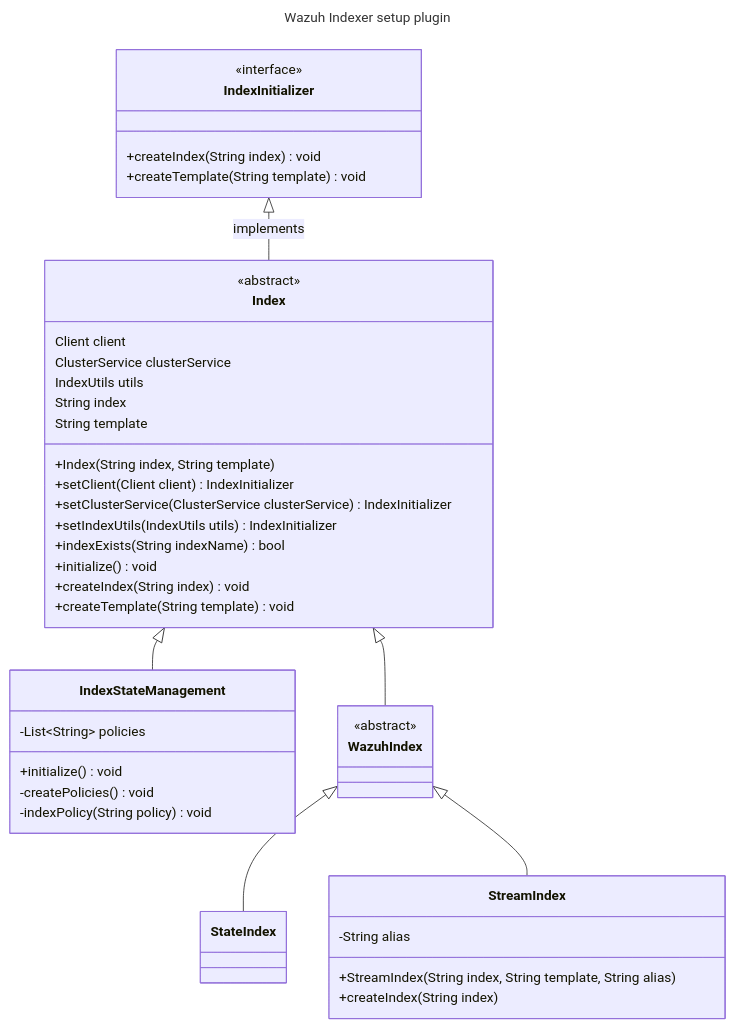
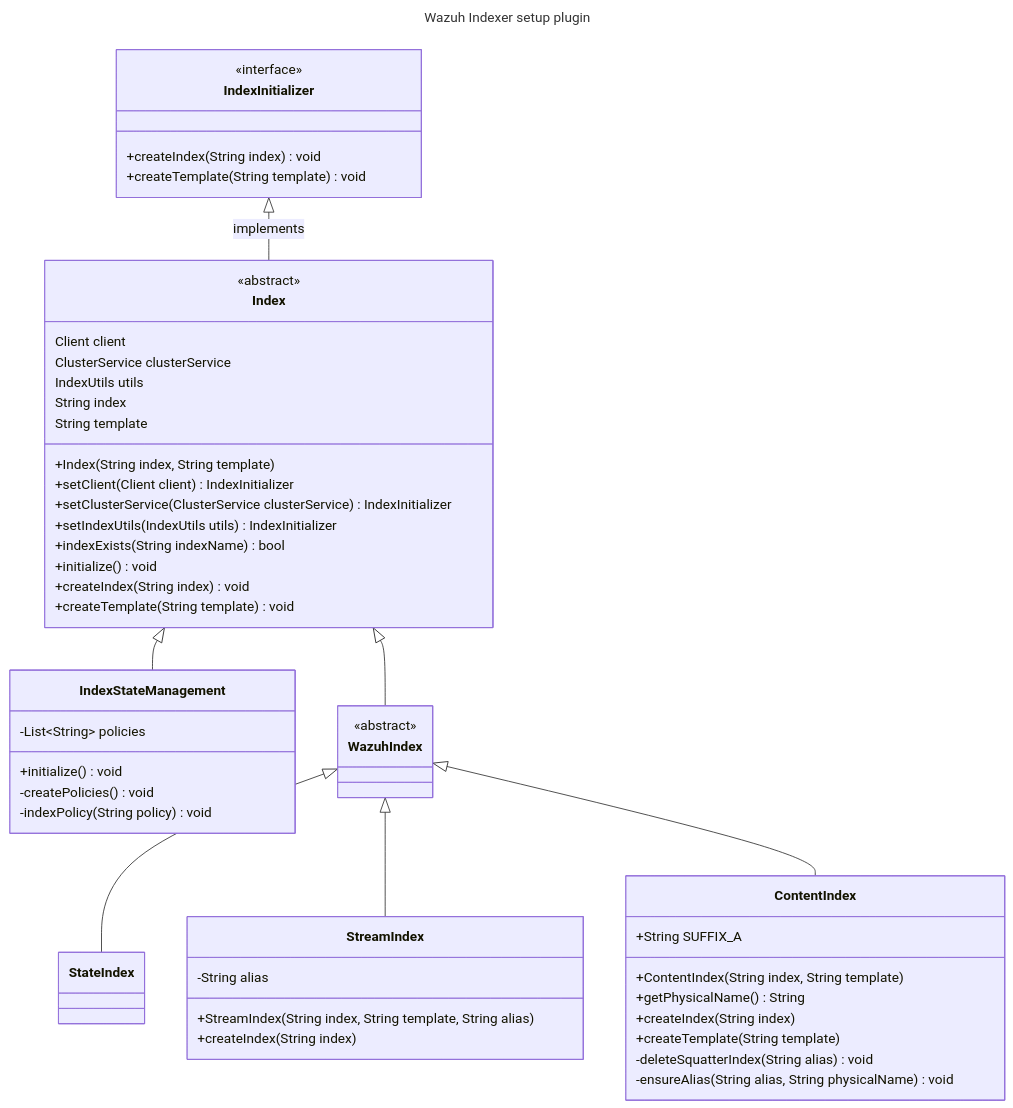
One commit to wazuh/wazuh-indexer-plugins changed the first of 2 diagrams in docs/dev/plugins/setup.md. Above: the diagram before and after it, drawn with Mermaid. The commit also changed other lines of this file and 159 other files, not shown here.

````diff
--- a/docs/dev/plugins/setup.md
+++ b/docs/dev/plugins/setup.md
@@ -9,59 +9,70 @@
 ```mermaid
 ---
 title: Wazuh Indexer setup plugin
 ---
 classDiagram
     %% Classes
     class IndexInitializer
     <<interface>> IndexInitializer
     class Index
     <<abstract>> Index
     class IndexStateManagement
     class WazuhIndex
     <<abstract>> WazuhIndex
     class StateIndex
     class StreamIndex
+    class ContentIndex
 
     %% Relations
     IndexInitializer <|-- Index : implements
     Index <|-- IndexStateManagement
     Index <|-- WazuhIndex
     WazuhIndex <|-- StateIndex
     WazuhIndex <|-- StreamIndex
+    WazuhIndex <|-- ContentIndex
 
     %% Schemas
     class IndexInitializer {
         +createIndex(String index) void
         +createTemplate(String template) void
     }
     class Index {
         Client client
         ClusterService clusterService
         IndexUtils utils
         String index
         String template
         +Index(String index, String template)
         +setClient(Client client) IndexInitializer
         +setClusterService(ClusterService clusterService) IndexInitializer
         +setIndexUtils(IndexUtils utils) IndexInitializer
         +indexExists(String indexName) bool
         +initialize() void
         +createIndex(String index) void
         +createTemplate(String template) void
     }
     class IndexStateManagement {
         -List~String~ policies
         +initialize() void
         -createPolicies() void
         -indexPolicy(String policy) void
     }
     class WazuhIndex {
     }
     class StreamIndex {
         -String alias
         +StreamIndex(String index, String template, String alias)
         +createIndex(String index)
     }
     class StateIndex {
     }
+    class ContentIndex {
+        +String SUFFIX_A
+        +ContentIndex(String index, String template)
+        +getPhysicalName() String
+        +createIndex(String index)
+        +createTemplate(String template)
+        -deleteSquatterIndex(String alias) void
+        -ensureAlias(String alias, String physicalName) void
+    }
 ```
````
